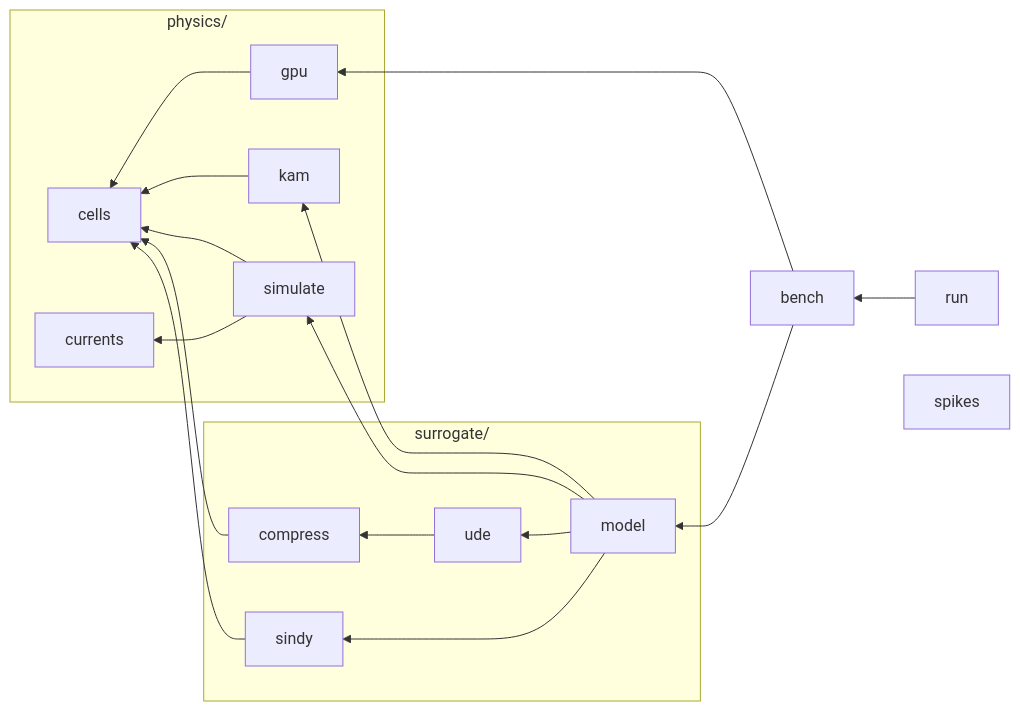
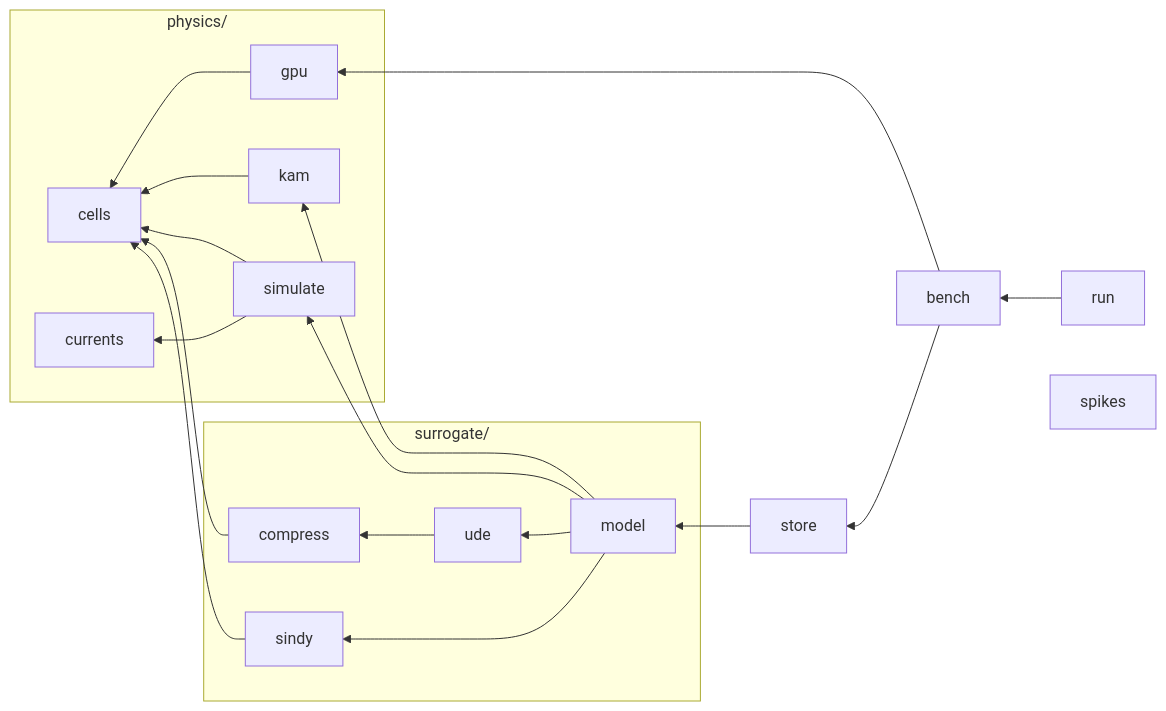
One commit to MunechikaHaruki/SINDyNeuroSurrogate changed the diagram in remote/neurosurrogate/AGENTS.md. Above: the diagram before and after it, drawn with Mermaid. The commit also changed other lines of this file and 349 other files, not shown here.

````diff
--- a/remote/neurosurrogate/AGENTS.md
+++ b/remote/neurosurrogate/AGENTS.md
@@ -13,33 +13,35 @@
 ```mermaid
 flowchart RL
   subgraph physics["physics/"]
     physics_cells["cells"]
     physics_currents["currents"]
     physics_gpu["gpu"]
     physics_kam["kam"]
     physics_simulate["simulate"]
   end
   subgraph surrogate["surrogate/"]
     surrogate_compress["compress"]
     surrogate_model["model"]
     surrogate_sindy["sindy"]
     surrogate_ude["ude"]
   end
   bench["bench"]
   run["run"]
   spikes["spikes"]
+  store["store"]
   bench --> physics_gpu
-  bench --> surrogate_model
+  bench --> store
   physics_gpu --> physics_cells
   physics_kam --> physics_cells
   physics_simulate --> physics_cells
   physics_simulate --> physics_currents
   run --> bench
+  store --> surrogate_model
   surrogate_compress --> physics_cells
   surrogate_model --> physics_kam
   surrogate_model --> physics_simulate
   surrogate_model --> surrogate_sindy
   surrogate_model --> surrogate_ude
   surrogate_sindy --> physics_cells
   surrogate_ude --> surrogate_compress
 ```
````
